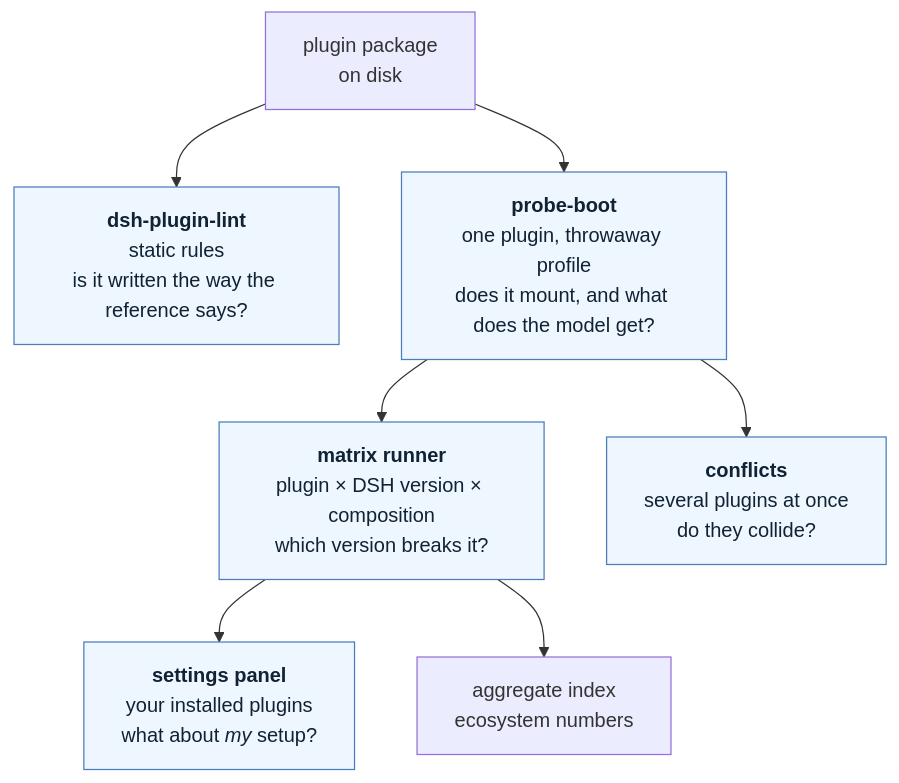
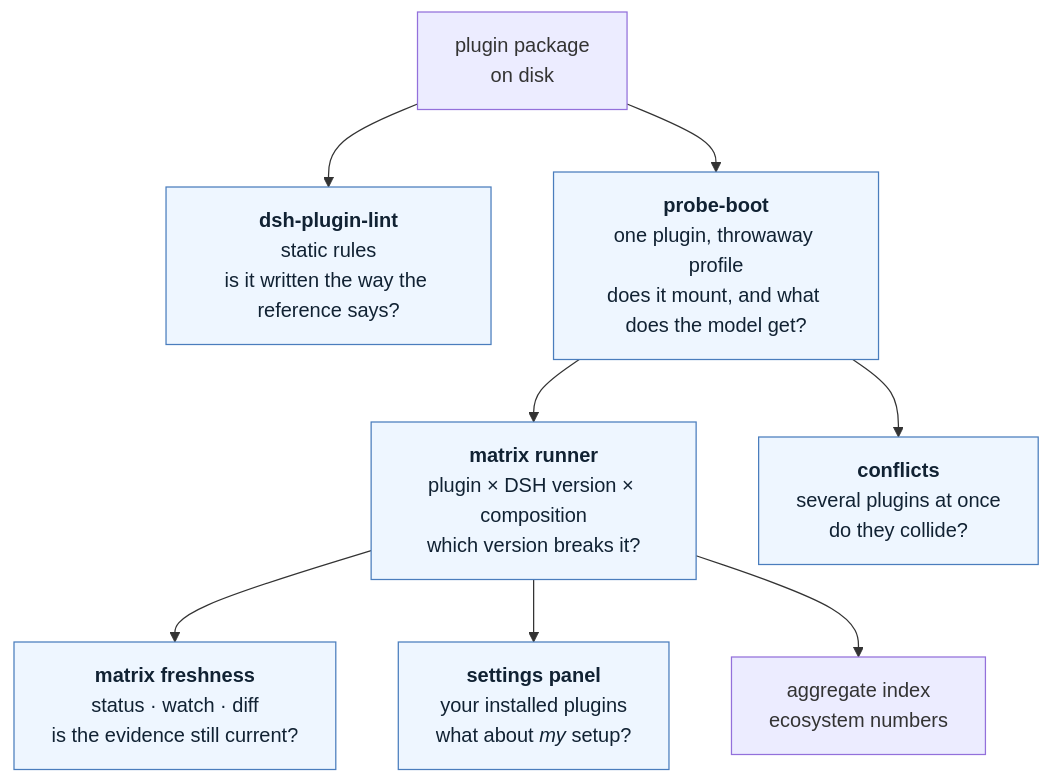
Before and after one commit to shidesheng0218/dsh-plugin-lint: the first of 2 diagrams in README.md, drawn with Mermaid. The commit also changed other lines of this file, not shown here.

Commit message:
docs(readme): surface new tools, fix counts, add freshness to nav

````diff
--- a/README.md
+++ b/README.md
@@ -41,16 +43,17 @@
 ```mermaid
 flowchart TB
   pkg["plugin package<br/>on disk"]
 
   pkg --> lint["<b>dsh-plugin-lint</b><br/>static rules<br/>is it written the way the reference says?"]
   pkg --> probe["<b>probe-boot</b><br/>one plugin, throwaway profile<br/>does it mount, and what does the model get?"]
 
   probe --> matrix["<b>matrix runner</b><br/>plugin × DSH version × composition<br/>which version breaks it?"]
   probe --> conflicts["<b>conflicts</b><br/>several plugins at once<br/>do they collide?"]
 
+  matrix --> fresh["<b>matrix freshness</b><br/>status · watch · diff<br/>is the evidence still current?"]
   matrix --> panel["<b>settings panel</b><br/>your installed plugins<br/>what about <i>my</i> setup?"]
   matrix --> index["aggregate index<br/>ecosystem numbers"]
 
   classDef tool fill:#eef6ff,stroke:#4a7dbd,color:#123
-  class lint,probe,matrix,conflicts,panel tool
+  class lint,probe,matrix,conflicts,fresh,panel tool
 ```
````
